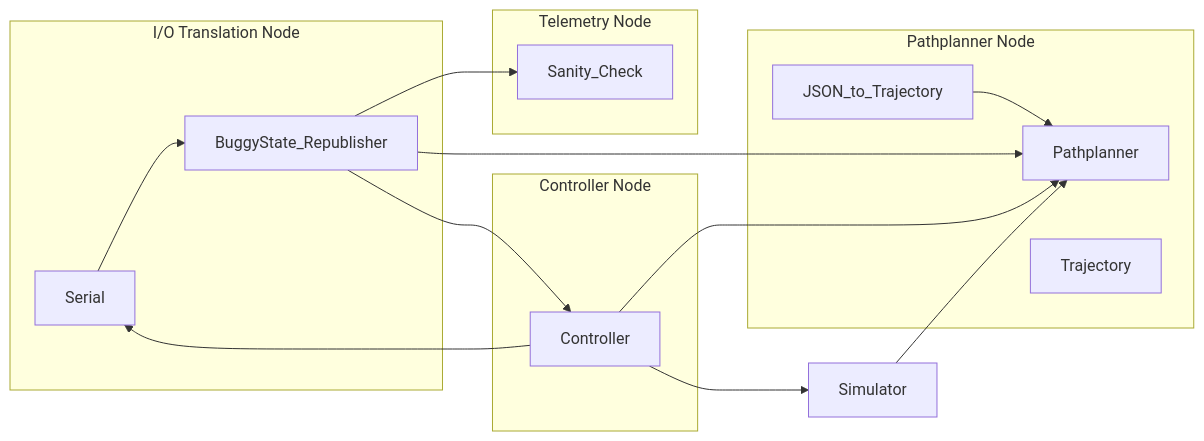
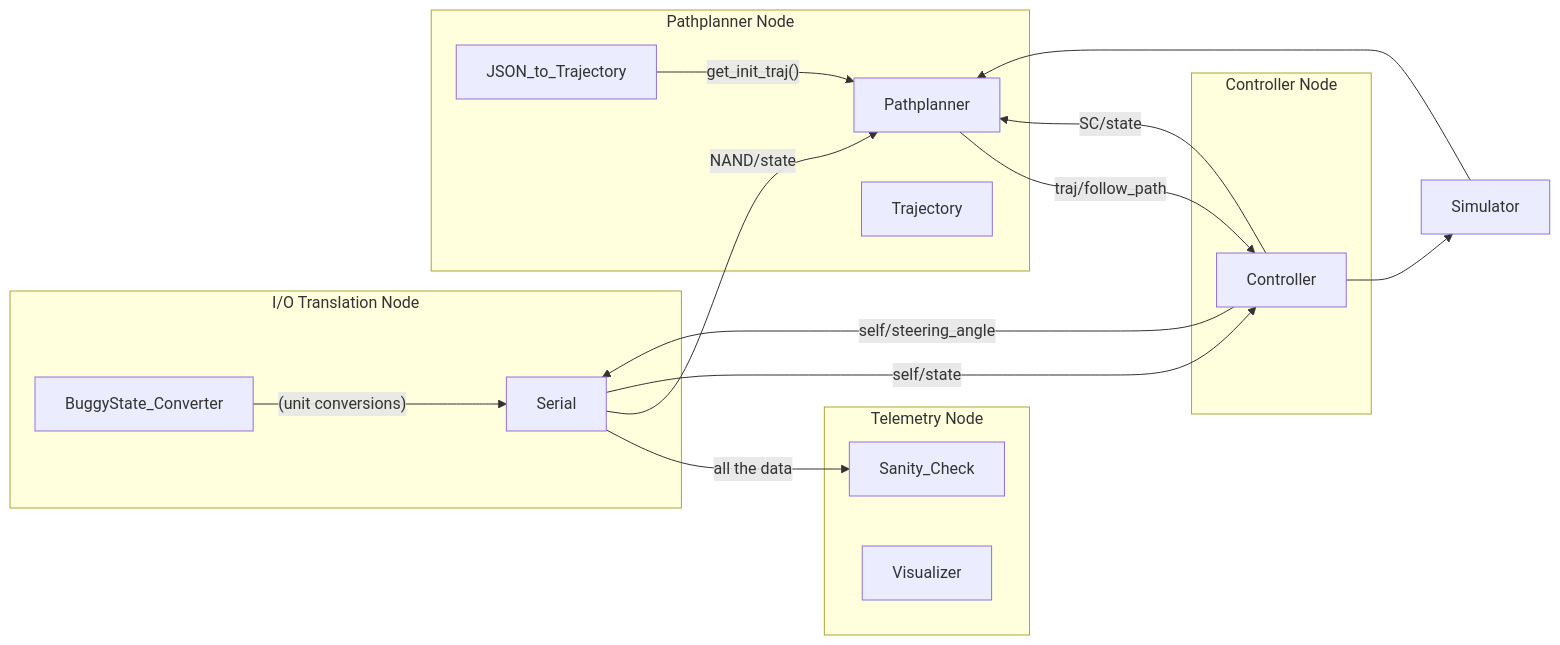
The diagram in docs/architecture/code_flow.md (CMU-Robotics-Club/RoboBuggy2), drawn with Mermaid before and after one commit.

Commit message:
added messages/ data transfer

````diff
--- a/docs/architecture/code_flow.md
+++ b/docs/architecture/code_flow.md
@@ -9,39 +9,41 @@
 ```mermaid
 flowchart LR
 
     subgraph I/O Translation Node
         Serial
-        BuggyState_Republisher
+        BuggyState_Converter
     end
 
     subgraph Controller Node
         Controller
     end
 
     subgraph Pathplanner Node
         JSON_to_Trajectory
         Pathplanner
         Trajectory
     end
 
     subgraph Telemetry Node
         Sanity_Check
+        Visualizer
     end
 
 
-    Serial --> BuggyState_Republisher
-    BuggyState_Republisher --> Sanity_Check
-    Controller --> Serial
+    BuggyState_Converter --> |"(unit conversions)"|Serial
+    Serial --> |"all the data"| Sanity_Check
+    Pathplanner --> |"traj/follow_path"| Controller
+    Controller --> |"SC/state"| Pathplanner
+    Simulator --> Pathplanner
+    Controller --> Simulator
+    Controller --> |"self/steering_angle"| Serial
 
-    BuggyState_Republisher --> Pathplanner
-    BuggyState_Republisher --> Controller
+    Serial --> |"NAND/state"| Pathplanner
+    Serial --> |"self/state"| Controller
 
 
-    Controller --> Pathplanner
-    Simulator --> Pathplanner
-    Controller --> Simulator
 
 
-    JSON_to_Trajectory --> Pathplanner
+    JSON_to_Trajectory --> |"get_init_traj()"|Pathplanner
 
 ```
````
